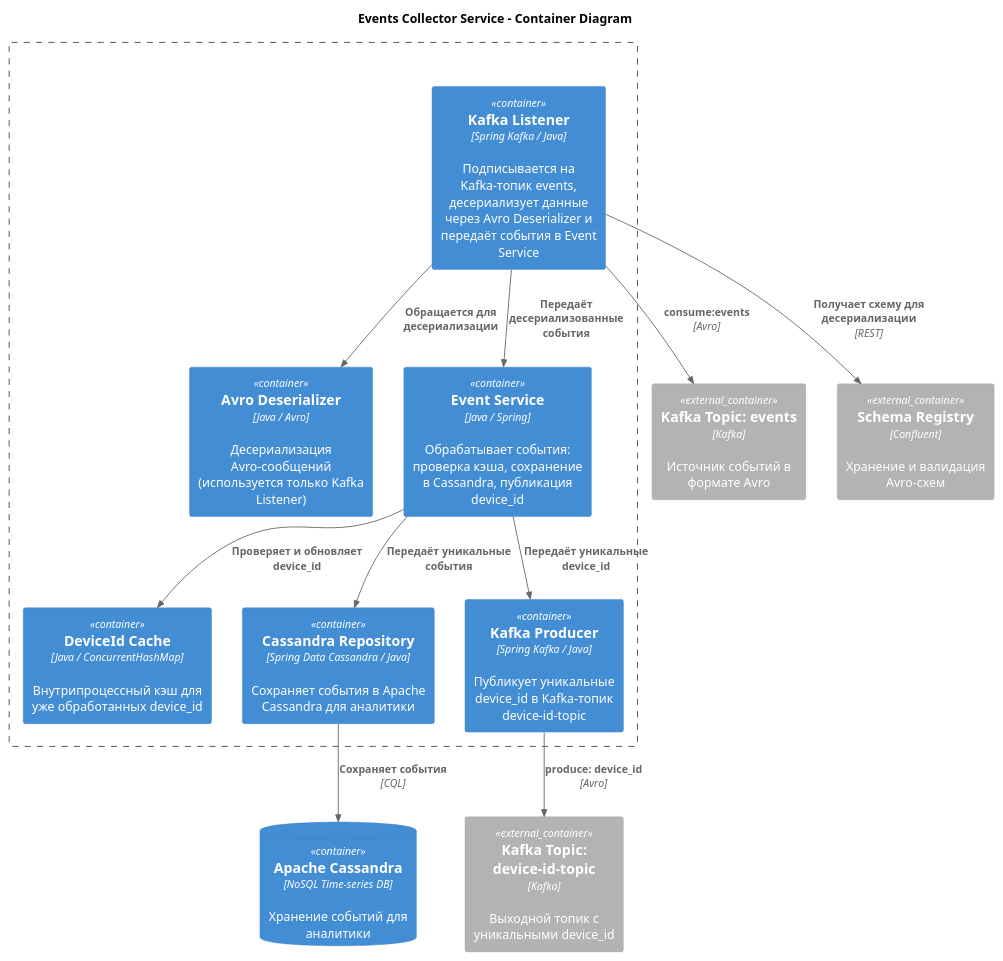
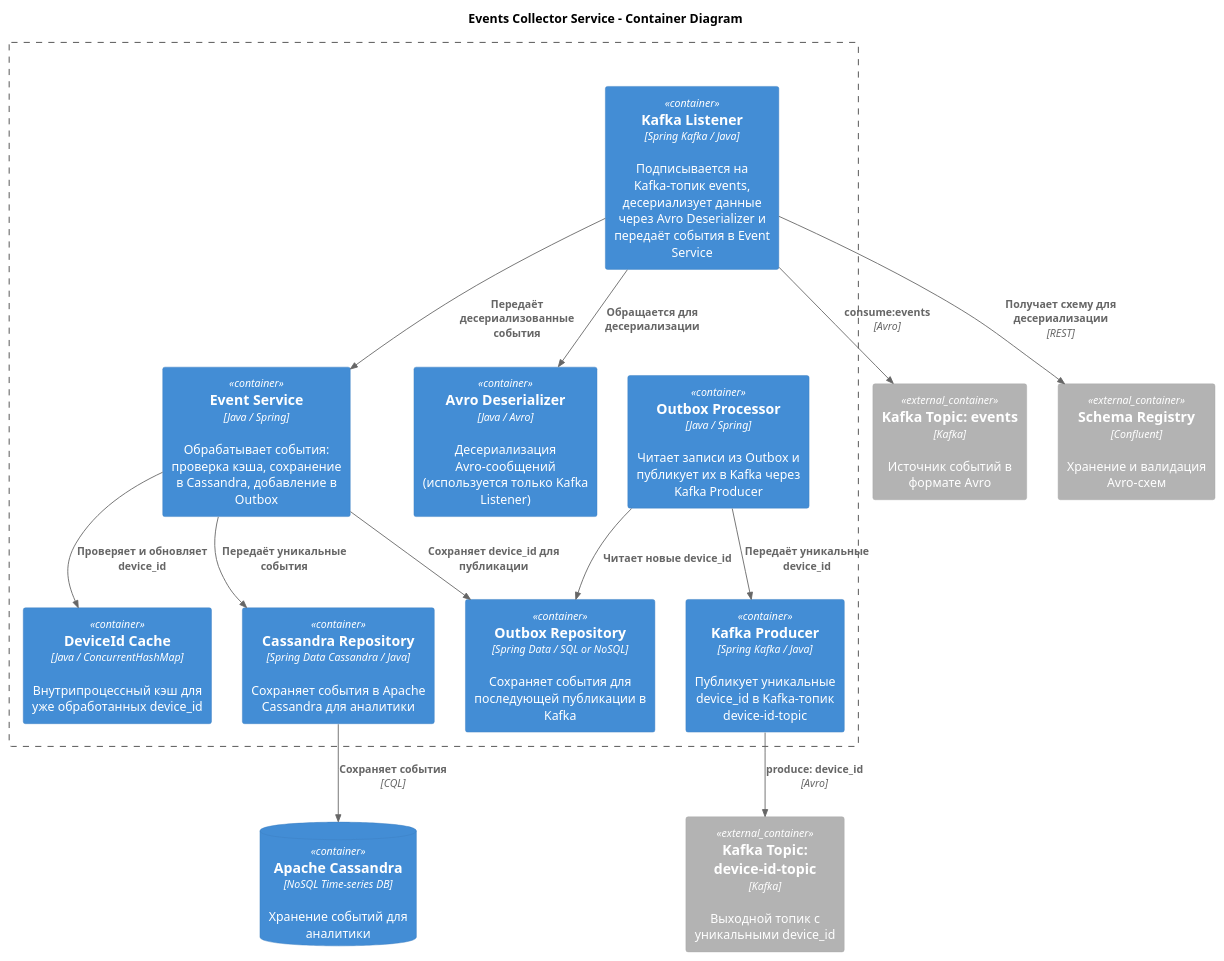
One commit to richie012/ourcode-iot-platform changed the diagram in infrastructure/diagrams/EventsCollectorComponent.puml. Above: the diagram before and after it, drawn with PlantUML. The commit also changed 4 other files, not shown here.

Commit message:
+MODULE 2. add Sequence diagram, update component diagram(add transactional outbox pattern)

```diff
--- a/infrastructure/diagrams/EventsCollectorComponent.puml
+++ b/infrastructure/diagrams/EventsCollectorComponent.puml
@@ -1,32 +1,36 @@
 @startuml containers
 !include https://raw.githubusercontent.com/plantuml-stdlib/C4-PlantUML/master/C4_Container.puml
 title Events Collector Service - Container Diagram
 
 ' Внешние контейнеры
 Container_Ext(kafka_events, "Kafka Topic: events", "Kafka", "Источник событий в формате Avro")
 Container_Ext(kafka_device_ids, "Kafka Topic: device-id-topic", "Kafka", "Выходной топик с уникальными device_id")
 Container_Ext(schema_registry, "Schema Registry", "Confluent", "Хранение и валидация Avro-схем")
 ContainerDb(cassandra, "Apache Cassandra", "NoSQL Time-series DB", "Хранение событий для аналитики")
 
 ' Внутренние контейнеры сервиса
 Boundary(iot_platform, "") {
     Container(events_collector_listener, "Kafka Listener", "Spring Kafka / Java", "Подписывается на Kafka-топик events, десериализует данные через Avro Deserializer и передаёт события в Event Service")
     Container(events_collector_deserializer, "Avro Deserializer", "Java / Avro", "Десериализация Avro-сообщений (используется только Kafka Listener)")
-    Container(events_collector_service, "Event Service", "Java / Spring", "Обрабатывает события: проверка кэша, сохранение в Cassandra, публикация device_id")
+    Container(events_collector_service, "Event Service", "Java / Spring", "Обрабатывает события: проверка кэша, сохранение в Cassandra, добавление в Outbox")
     Container(events_collector_cache, "DeviceId Cache", "Java / ConcurrentHashMap", "Внутрипроцессный кэш для уже обработанных device_id")
     Container(events_collector_repo, "Cassandra Repository", "Spring Data Cassandra / Java", "Сохраняет события в Apache Cassandra для аналитики")
+    Container(events_collector_outbox_repo, "Outbox Repository", "Spring Data / SQL or NoSQL", "Сохраняет события для последующей публикации в Kafka")
+    Container(events_collector_outbox_processor, "Outbox Processor", "Java / Spring", "Читает записи из Outbox и публикует их в Kafka через Kafka Producer")
     Container(events_collector_producer, "Kafka Producer", "Spring Kafka / Java", "Публикует уникальные device_id в Kafka-топик device-id-topic")
 }
 
 ' Поток данных
 Rel(events_collector_listener, kafka_events, "consume:events", "Avro")
 Rel(events_collector_listener, events_collector_deserializer, "Обращается для десериализации")
 Rel(events_collector_listener, schema_registry, "Получает схему для десериализации", "REST")
 Rel(events_collector_listener, events_collector_service, "Передаёт десериализованные события")
 Rel(events_collector_service, events_collector_cache, "Проверяет и обновляет device_id")
 Rel(events_collector_service, events_collector_repo, "Передаёт уникальные события")
+Rel(events_collector_service, events_collector_outbox_repo, "Сохраняет device_id для публикации")
 Rel(events_collector_repo, cassandra, "Сохраняет события", "CQL")
-Rel(events_collector_service, events_collector_producer, "Передаёт уникальные device_id")
+Rel(events_collector_outbox_processor, events_collector_outbox_repo, "Читает новые device_id")
+Rel(events_collector_outbox_processor, events_collector_producer, "Передаёт уникальные device_id")
 Rel(events_collector_producer, kafka_device_ids, "produce: device_id", "Avro")
 
 @enduml
```
